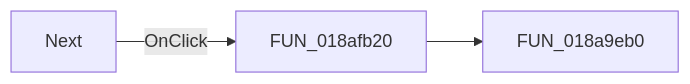
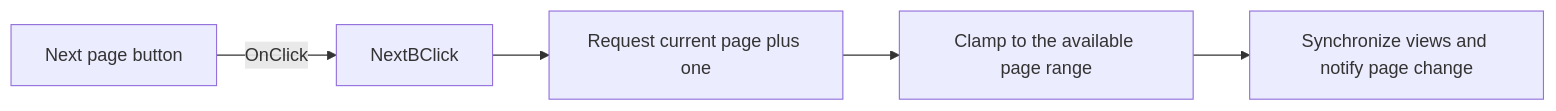
Before and after one commit to MovGP0/TIARA: the diagram in docs/ui-controls/frxpreviewform/nextb-a3dcefada1.md, drawn with Mermaid. The commit also changed other lines of this file and 387 other files, not shown here.

````diff
--- a/docs/ui-controls/frxpreviewform/nextb-a3dcefada1.md
+++ b/docs/ui-controls/frxpreviewform/nextb-a3dcefada1.md
@@ -27,5 +27,7 @@
 ```mermaid
 flowchart LR
-    control["Next"] -->|OnClick| handler["FUN_018afb20"]
-    handler --> call1["FUN_018a9eb0"]
+    control["Next page button"] -->|OnClick| handler["NextBClick"]
+    handler --> request["Request current page plus one"]
+    request --> clamp["Clamp to the available page range"]
+    clamp --> notify["Synchronize views and notify page change"]
 ```
````
